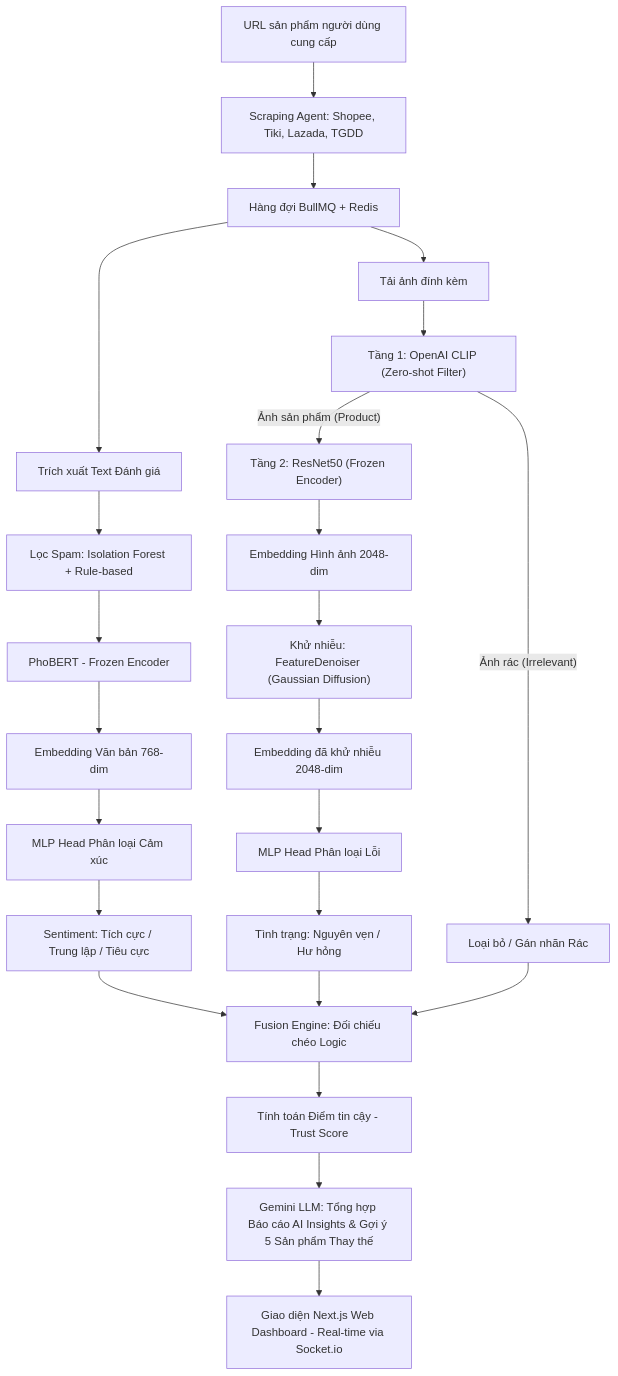
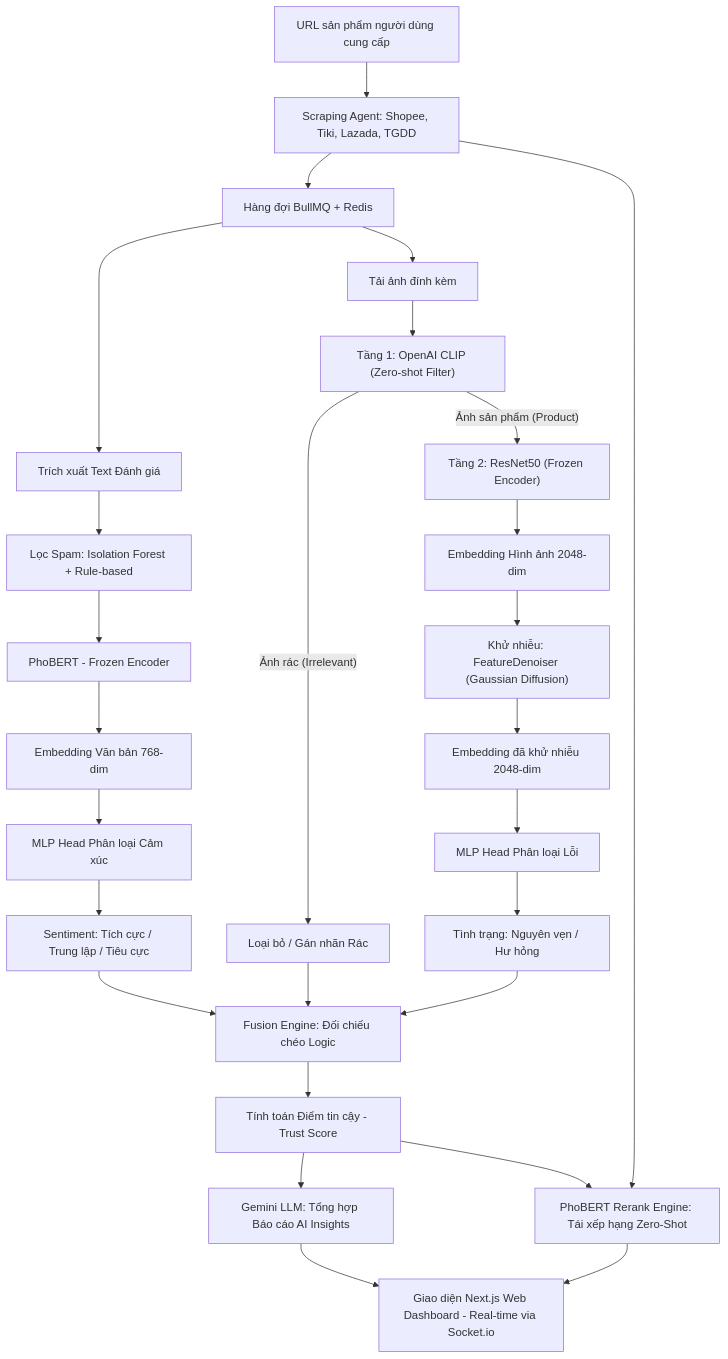
The diagram in docs/01_gioi_thieu.md (ThanhChuong12/ecommerce-review-analytics), drawn with Mermaid before and after one commit. The commit also changed other lines of this file and 4 other files, not shown here.

````diff
--- a/docs/01_gioi_thieu.md
+++ b/docs/01_gioi_thieu.md
@@ -64,33 +64,37 @@
 ```mermaid
 graph TD
     A[URL sản phẩm người dùng cung cấp] --> B[Scraping Agent: Shopee, Tiki, Lazada, TGDD]
     B --> C[Hàng đợi BullMQ + Redis]
     
     %% Nhánh xử lý Văn bản
     C --> D1[Trích xuất Text Đánh giá]
     D1 --> D2[Lọc Spam: Isolation Forest + Rule-based]
     D2 --> D3[PhoBERT - Frozen Encoder]
     D3 --> D4[Embedding Văn bản 768-dim]
     D4 --> D5[MLP Head Phân loại Cảm xúc]
     D5 --> D6[Sentiment: Tích cực / Trung lập / Tiêu cực]
     
     %% Nhánh xử lý Hình ảnh 2 Tầng
     C --> E1[Tải ảnh đính kèm]
     E1 --> E2["Tầng 1: OpenAI CLIP (Zero-shot Filter)"]
     E2 -- "Ảnh rác (Irrelevant)" --> E3[Loại bỏ / Gán nhãn Rác]
     E2 -- "Ảnh sản phẩm (Product)" --> E4["Tầng 2: ResNet50 (Frozen Encoder)"]
     E4 --> E5[Embedding Hình ảnh 2048-dim]
     E5 --> E6["Khử nhiễu: FeatureDenoiser (Gaussian Diffusion)"]
     E6 --> E7[Embedding đã khử nhiễu 2048-dim]
     E7 --> E8[MLP Head Phân loại Lỗi]
     E8 --> E9[Tình trạng: Nguyên vẹn / Hư hỏng]
     
     %% Kết hợp đa phương thức
     D6 --> F[Fusion Engine: Đối chiếu chéo Logic]
     E9 --> F
     E3 --> F
     
+    %% Đề xuất và xuất bản
     F --> G[Tính toán Điểm tin cậy - Trust Score]
-    G --> H[Gemini LLM: Tổng hợp Báo cáo AI Insights & Gợi ý 5 Sản phẩm Thay thế]
-    H --> I[Giao diện Next.js Web Dashboard - Real-time via Socket.io]
+    G --> H[Gemini LLM: Tổng hợp Báo cáo AI Insights]
+    G --> J[PhoBERT Rerank Engine: Tái xếp hạng Zero-Shot]
+    B --> J
+    J --> I[Giao diện Next.js Web Dashboard - Real-time via Socket.io]
+    H --> I
 ```
````
